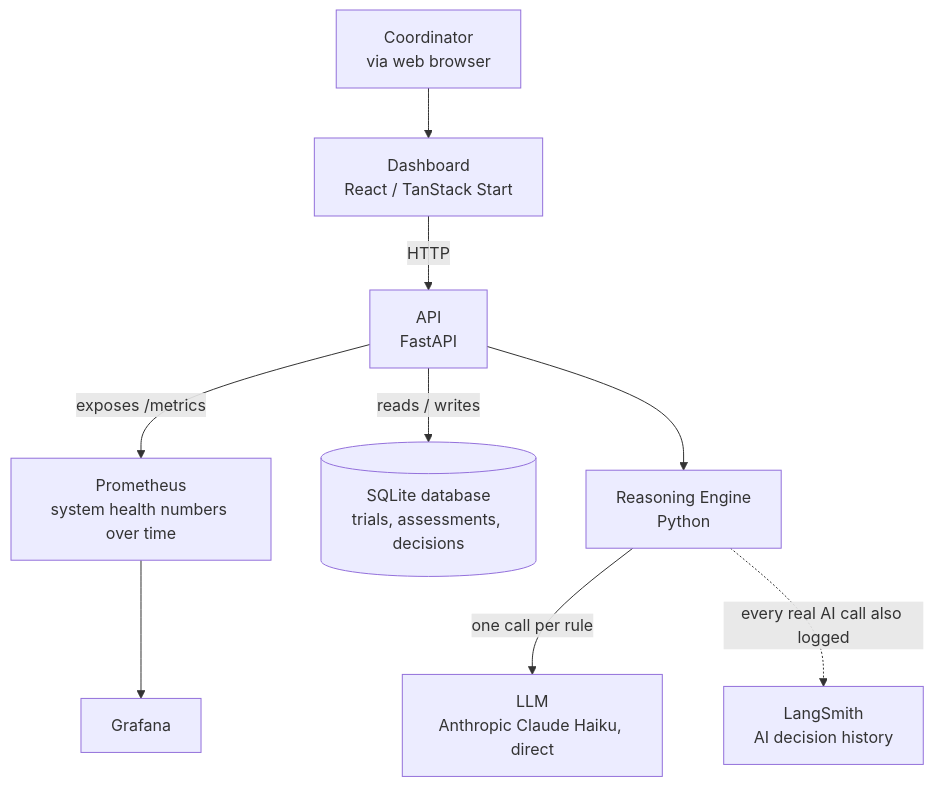
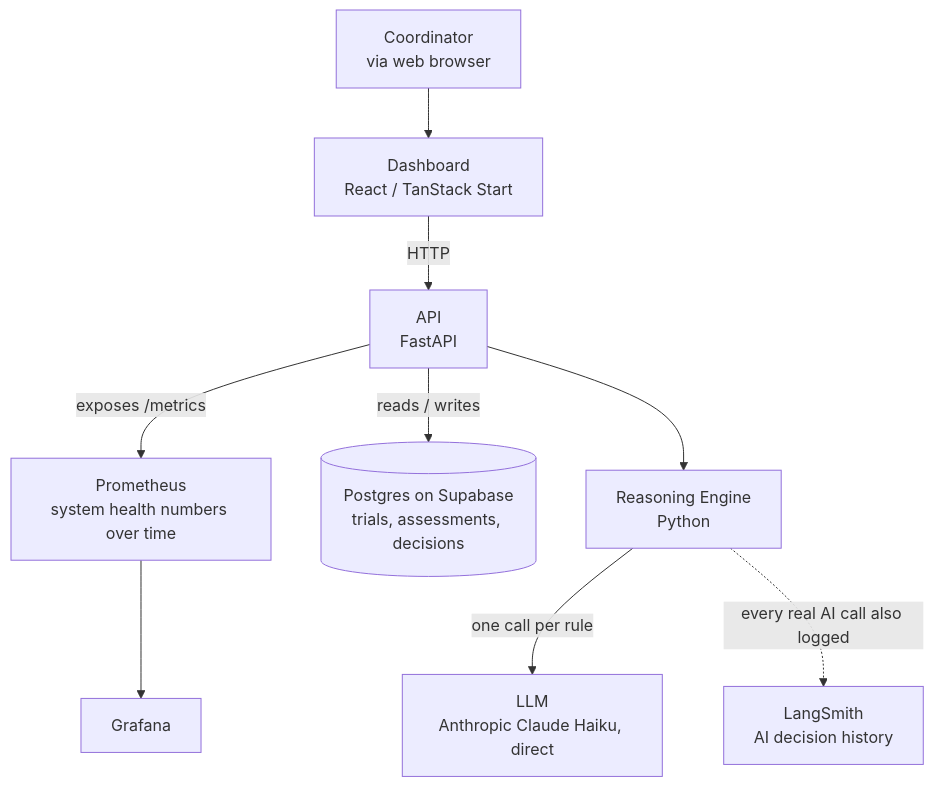
Before and after one commit to CogKnowEdge-Solutions/Production-Layer: the first of 2 diagrams in CareMatch-Prototype/project_summary.md, drawn with Mermaid. The commit also changed other lines of this file and 7 other files, not shown here.

Commit message:
Update docs: Supabase Postgres pooler, Cloud Run deployment, needs-more-review UX, Playwright tests

````diff
--- a/CareMatch-Prototype/project_summary.md
+++ b/CareMatch-Prototype/project_summary.md
@@ -45,11 +47,11 @@
 ```mermaid
 flowchart TD
     COORD[Coordinator<br/>via web browser] --> DASH[Dashboard<br/>React / TanStack Start]
     DASH -- HTTP --> API[API<br/>FastAPI]
     API -- exposes /metrics --> PROM[Prometheus<br/>system health numbers over time]
     PROM --> GRAF[Grafana]
-    API -- reads / writes --> DB[(SQLite database<br/>trials, assessments, decisions)]
+    API -- reads / writes --> DB[(Postgres on Supabase<br/>trials, assessments, decisions)]
     API --> ENG[Reasoning Engine<br/>Python]
     ENG -- one call per rule --> LLM[LLM<br/>Anthropic Claude Haiku, direct]
     ENG -. every real AI call also logged .-> LS[LangSmith<br/>AI decision history]
 ```
````
